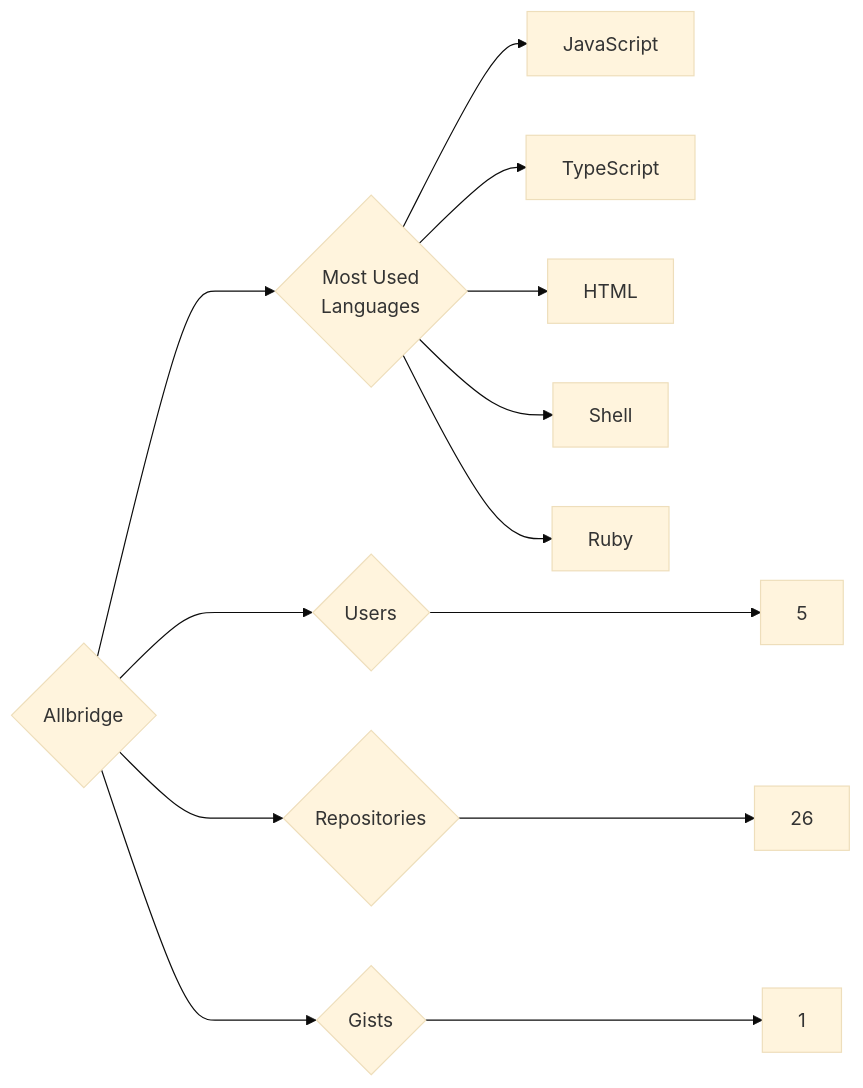
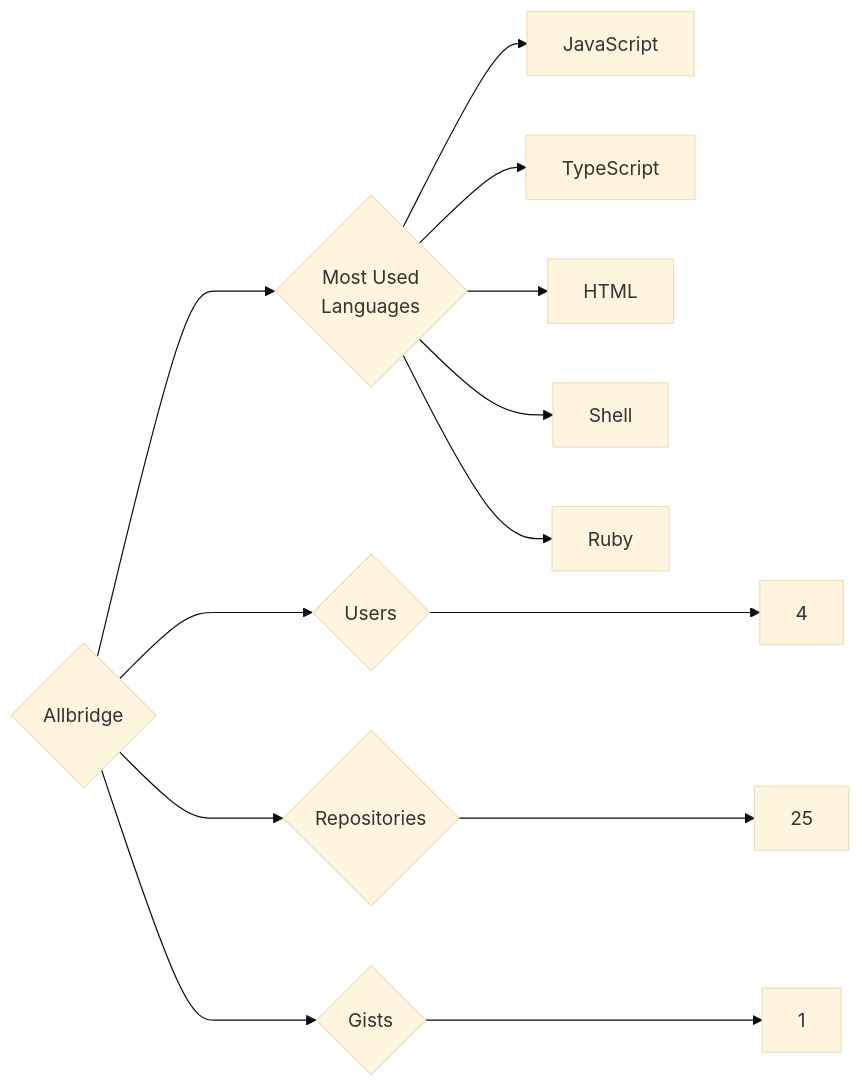
Before and after one commit to trickest/insiders: the diagram in targets/Allbridge/README.md, drawn with Mermaid (base theme). The commit also changed 993 other files, not shown here.

````diff
--- a/targets/Allbridge/README.md
+++ b/targets/Allbridge/README.md
@@ -3,13 +3,13 @@
 ```mermaid
 graph LR
 COMPANY_NAME{Allbridge}
-COMPANY_NAME ---> U{Users} ---> UN[5]
-COMPANY_NAME ---> R{Repositories} ---> RN[26]
+COMPANY_NAME ---> U{Users} ---> UN[4]
+COMPANY_NAME ---> R{Repositories} ---> RN[25]
 COMPANY_NAME ---> G{Gists} ---> GN[1]
 COMPANY_NAME ---> ML{Most Used<br>Languages}
 ML --> JavaScript[JavaScript]
 ML --> TypeScript[TypeScript]
 ML --> HTML[HTML]
 ML --> Shell[Shell]
 ML --> Ruby[Ruby]
 ```
````
